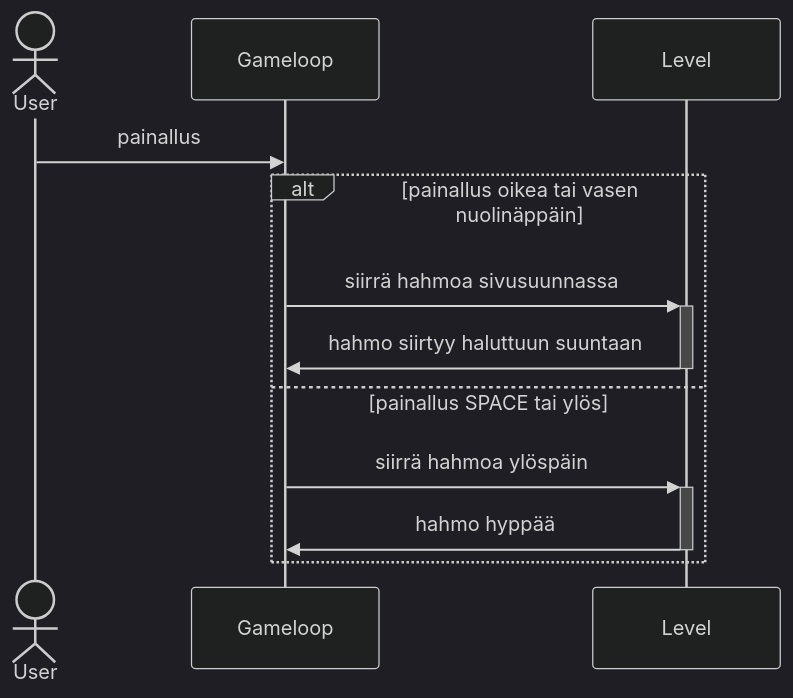
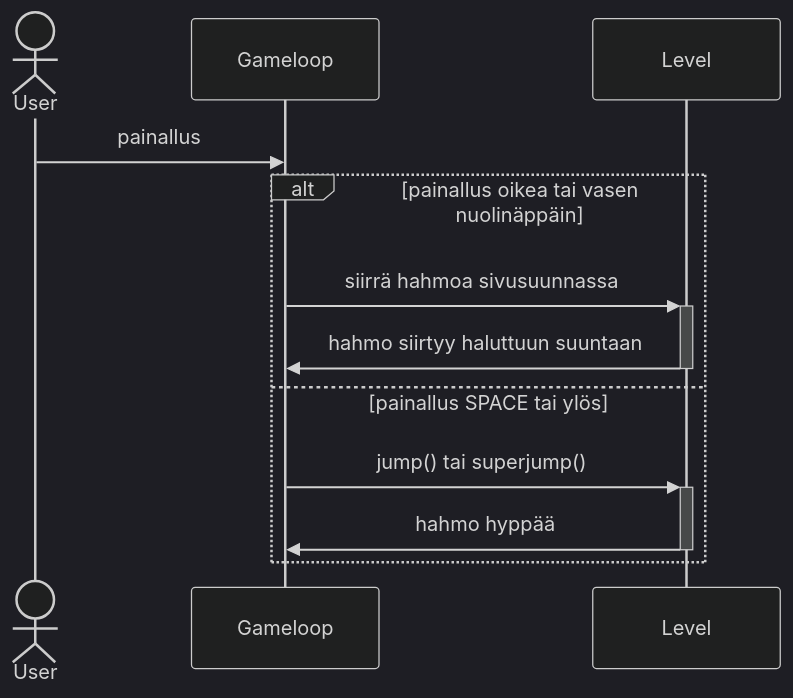
The third of 3 diagrams in platformer/dokumentaatio/arkkitehtuuri.md (Rasmusjoo/ot-harjoitustyo), drawn with Mermaid (dark theme) before and after one commit. The commit also changed other lines of this file and 6 other files, not shown here.

````diff
--- a/platformer/dokumentaatio/arkkitehtuuri.md
+++ b/platformer/dokumentaatio/arkkitehtuuri.md
@@ -34,18 +37,18 @@
-``` mermaid
+```mermaid
 sequenceDiagram
 actor U as User
 participant G as Gameloop
 participant L as Level
 
 U->>G:painallus
 alt painallus oikea tai vasen nuolinäppäin
 G->>+L:siirrä hahmoa sivusuunnassa
 L->>-G:hahmo siirtyy haluttuun suuntaan
 else painallus SPACE tai ylös
-G->>+L:siirrä hahmoa ylöspäin
+G->>+L:jump() tai superjump()
 L->>-G:hahmo hyppää
 end
 
 
 
 ```
````
